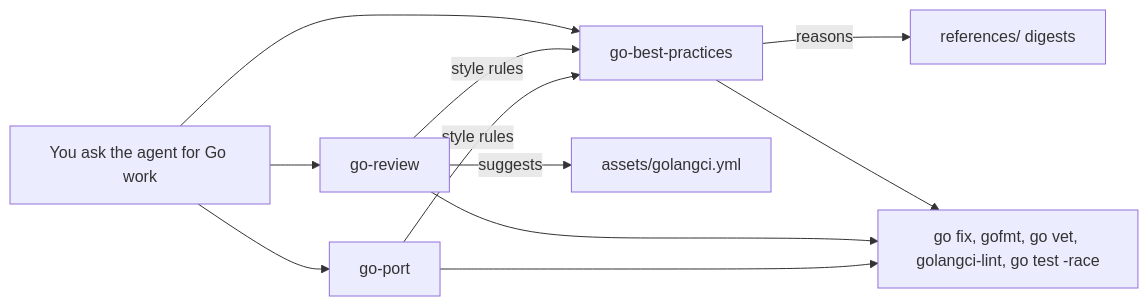
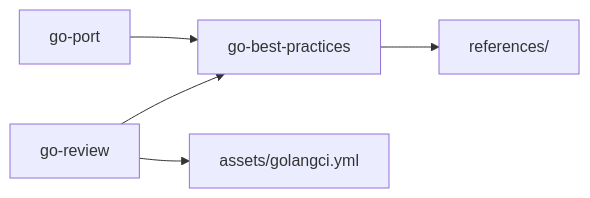
Before and after one commit to bjoernaagaard/BeautifulGo: the diagram in README.md, drawn with Mermaid. The commit also changed other lines of this file and 2 other files, not shown here.

First line of the commit message:
Shorten the README and link the tools the skills need

````diff
--- a/README.md
+++ b/README.md
@@ -43,13 +21,7 @@
 ```mermaid
 flowchart LR
-    user[You ask the agent for Go work] --> write[go-best-practices]
-    user --> review[go-review]
-    user --> port[go-port]
-    review -- style rules --> write
-    port -- style rules --> write
-    write -- reasons --> refs[references/ digests]
-    review -- suggests --> lints[assets/golangci.yml]
-    write --> tools[go fix, gofmt, go vet, golangci-lint, go test -race]
-    review --> tools
-    port --> tools
+    review[go-review] --> write[go-best-practices]
+    port[go-port] --> write
+    write --> refs[references/]
+    review --> lints[assets/golangci.yml]
 ```
````
